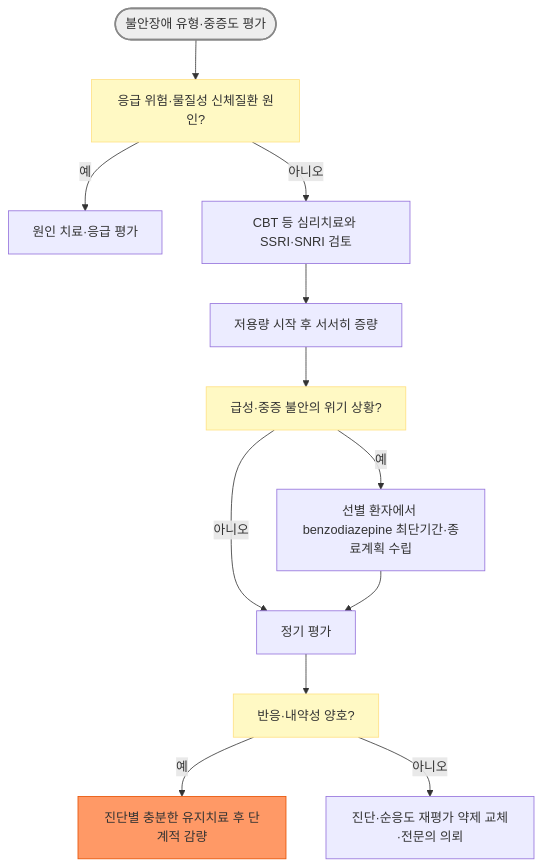
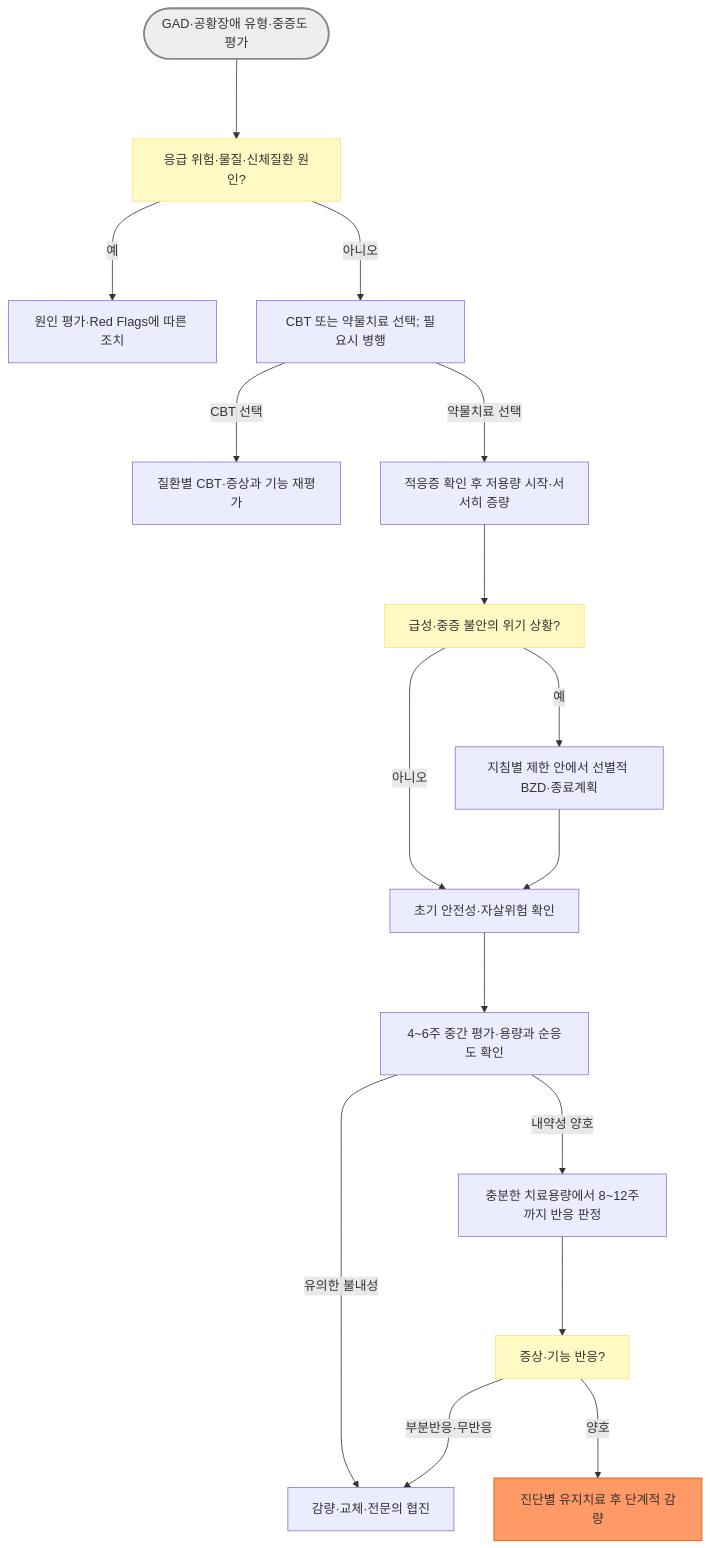
Before and after one commit to familyoh77/familyoh77: the second of 2 diagrams in 231_/213_-antidepressants-and-anxiolytics.md, drawn with Mermaid. The commit also changed other lines of this file, not shown here.

````diff
--- a/231_/213_-antidepressants-and-anxiolytics.md
+++ b/231_/213_-antidepressants-and-anxiolytics.md
@@ -92,20 +91,23 @@
 ```mermaid
 flowchart TD
-    A(["불안장애 유형·중증도 평가"]) --> B["응급 위험·물질성 신체질환 원인?"]
-    B -->|예| C["원인 치료·응급 평가"]
-    B -->|아니오| D["CBT 등 심리치료와 SSRI·SNRI 검토"]
-    D --> E["저용량 시작 후 서서히 증량"]
-    E --> F["급성·중증 불안의 위기 상황?"]
-    F -->|예| G["선별 환자에서 benzodiazepine 최단기간·종료계획 수립"]
-    F -->|아니오| H["정기 평가"]
-    G --> H
-    H --> I["반응·내약성 양호?"]
-    I -->|예| J["진단별 충분한 유지치료 후 단계적 감량"]
-    I -->|아니오| K["진단·순응도 재평가 약제 교체·전문의 의뢰"]
-
+    A(["GAD·공황장애 유형·중증도 평가"]) ---> B["응급 위험·물질·신체질환 원인?"]
+    B --->|예| C["원인 평가·Red Flags에 따른 조치"]
+    B --->|아니오| D["CBT 또는 약물치료 선택; 필요시 병행"]
+    D --->|CBT 선택| P["질환별 CBT·증상과 기능 재평가"]
+    D --->|약물치료 선택| E["적응증 확인 후 저용량 시작·서서히 증량"]
+    E ---> F["급성·중증 불안의 위기 상황?"]
+    F --->|예| G["지침별 제한 안에서 선별적 BZD·종료계획"]
+    F --->|아니오| H["초기 안전성·자살위험 확인"]
+    G ---> H
+    H ---> Q["4~6주 중간 평가·용량과 순응도 확인"]
+    Q --->|유의한 불내성| K["감량·교체·전문의 협진"]
+    Q --->|내약성 양호| R["충분한 치료용량에서 8~12주까지 반응 판정"]
+    R ---> I["증상·기능 반응?"]
+    I --->|양호| J["진단별 유지치료 후 단계적 감량"]
+    I --->|부분반응·무반응| K
     style A fill:#eeeeee,stroke:#888888,stroke-width:2px
     style B fill:#fff9c4,stroke:#ffe082
     style F fill:#fff9c4,stroke:#ffe082
     style I fill:#fff9c4,stroke:#ffe082
     style J fill:#f96,stroke:#e65100
 ```
````
